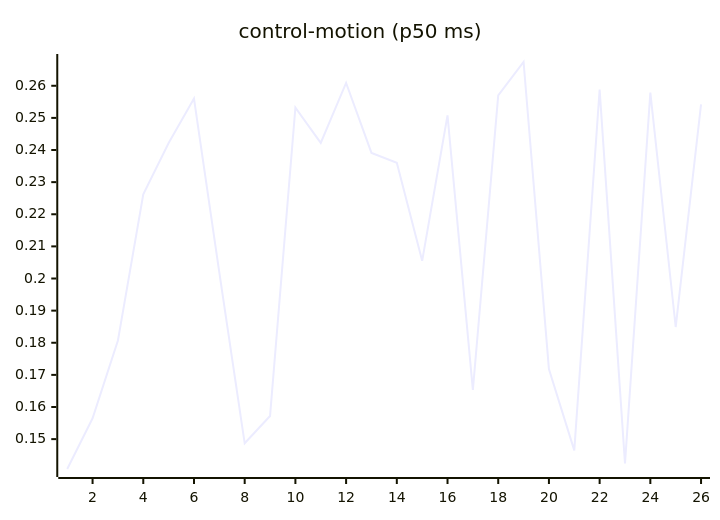
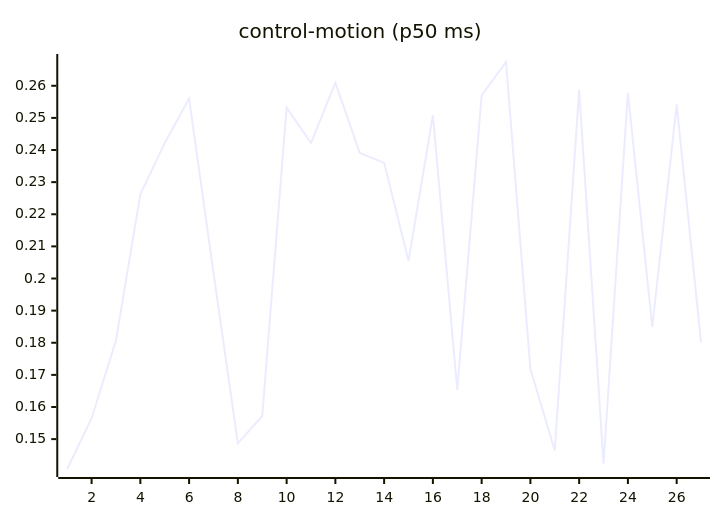
One commit to josha/Facet changed the seventh of 27 diagrams in README.md. Above: the diagram before and after it, drawn with Mermaid. The commit also changed other lines of this file and 2 other files, not shown here.

````diff
--- a/README.md
+++ b/README.md
@@ -105,6 +105,6 @@
 ```mermaid
 xychart-beta
     title "control-motion (p50 ms)"
-    x-axis 1 --> 26
-    line [0.1407, 0.1565, 0.1807, 0.2262, 0.2422, 0.2560, 0.2018, 0.1487, 0.1572, 0.2532, 0.2422, 0.2609, 0.2391, 0.2360, 0.2055, 0.2508, 0.1653, 0.2570, 0.2674, 0.1718, 0.1465, 0.2588, 0.1424, 0.2579, 0.1849, 0.2542]
+    x-axis 1 --> 27
+    line [0.1407, 0.1565, 0.1807, 0.2262, 0.2422, 0.2560, 0.2018, 0.1487, 0.1572, 0.2532, 0.2422, 0.2609, 0.2391, 0.2360, 0.2055, 0.2508, 0.1653, 0.2570, 0.2674, 0.1718, 0.1465, 0.2588, 0.1424, 0.2579, 0.1849, 0.2542, 0.1801]
 ```
````
